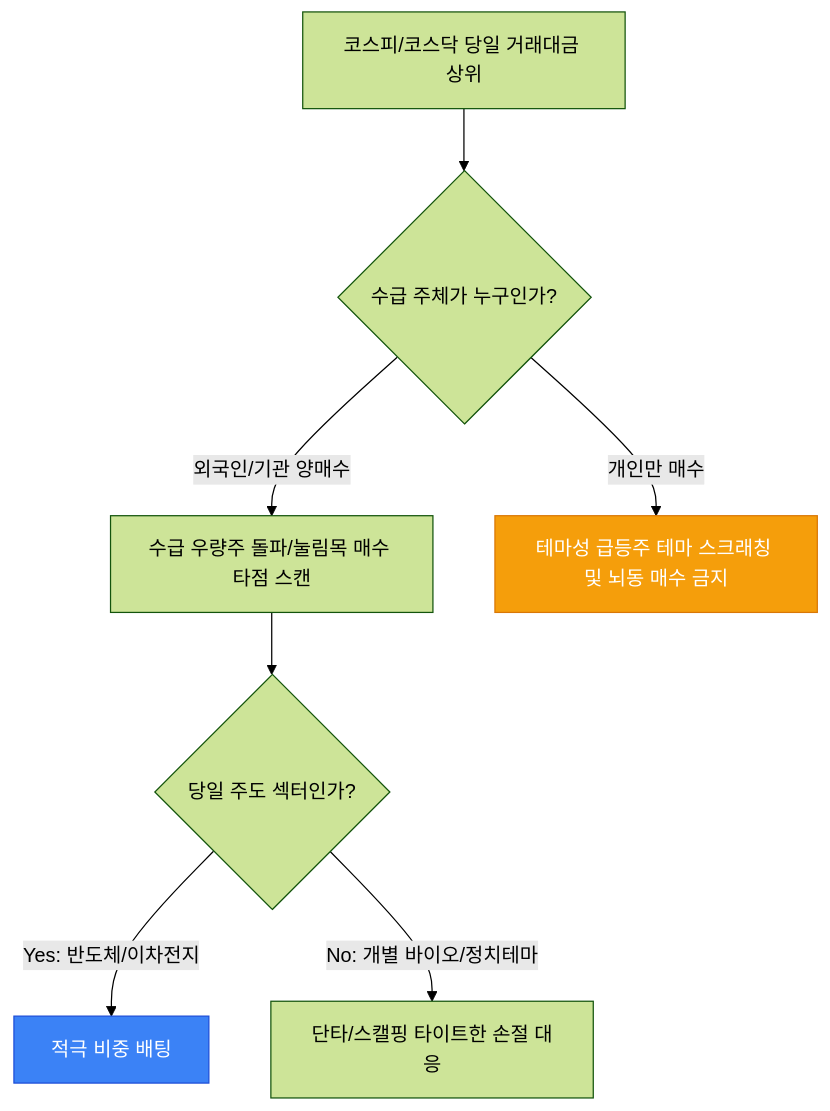
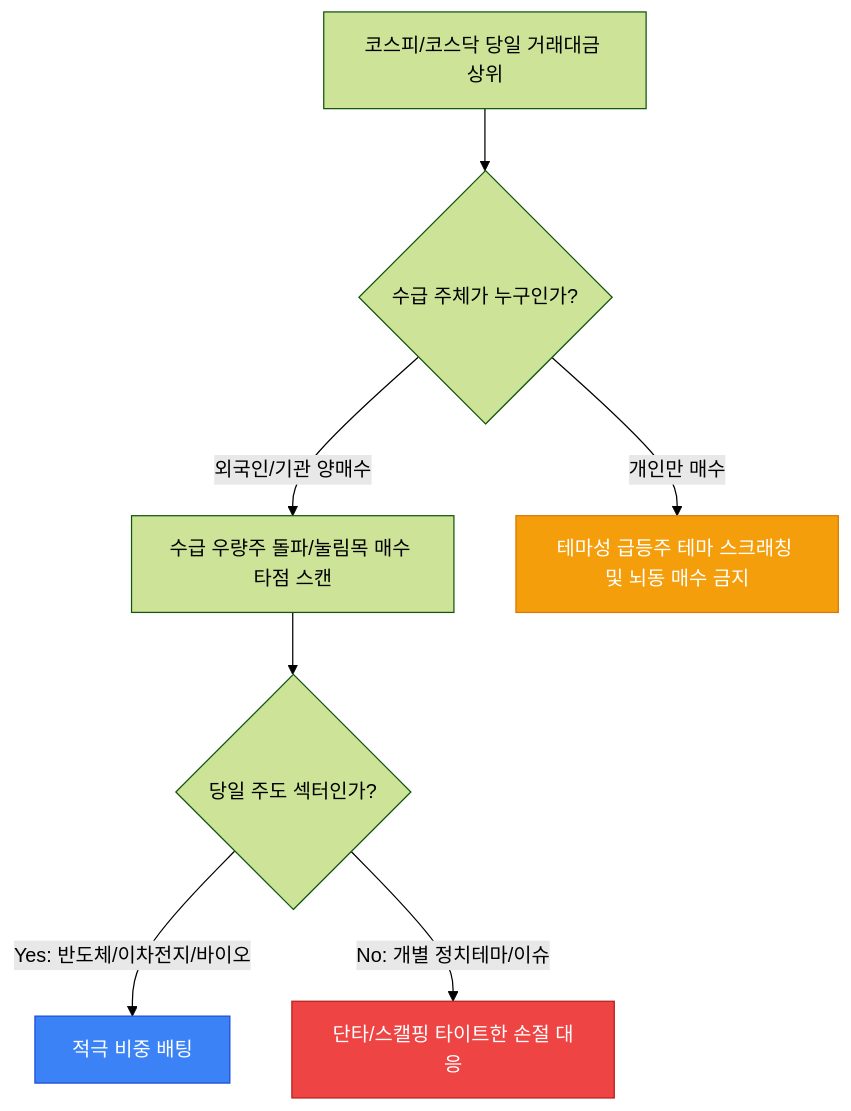
The diagram in 한국주식_매매일지_템플릿.md (joyfoxg/jmstudio), drawn with Mermaid (forest theme) before and after one commit. The commit also changed other lines of this file and 1 other file, not shown here.

````diff
--- a/한국주식_매매일지_템플릿.md
+++ b/한국주식_매매일지_템플릿.md
@@ -35,12 +41,13 @@
 ```mermaid
 graph TD
     A[코스피/코스닥 당일 거래대금 상위] --> B{수급 주체가 누구인가?}
     B -->|외국인/기관 양매수| C[수급 우량주 돌파/눌림목 매수 타점 스캔]
     B -->|개인만 매수| D[테마성 급등주 테마 스크래칭 및 뇌동 매수 금지]
     C --> E{당일 주도 섹터인가?}
-    E -->|Yes: 반도체/이차전지| F[적극 비중 배팅]
-    E -->|No: 개별 바이오/정치테마| G[단타/스캘핑 타이트한 손절 대응]
+    E -->|Yes: 반도체/이차전지/바이오| F[적극 비중 배팅]
+    E -->|No: 개별 정치테마/이슈| G[단타/스캘핑 타이트한 손절 대응]
     
     style F fill:#3b82f6,stroke:#1d4ed8,color:#fff
     style D fill:#f59e0b,stroke:#d97706,color:#fff
+    style G fill:#ef4444,stroke:#b91c1c,color:#fff
 ```
````
